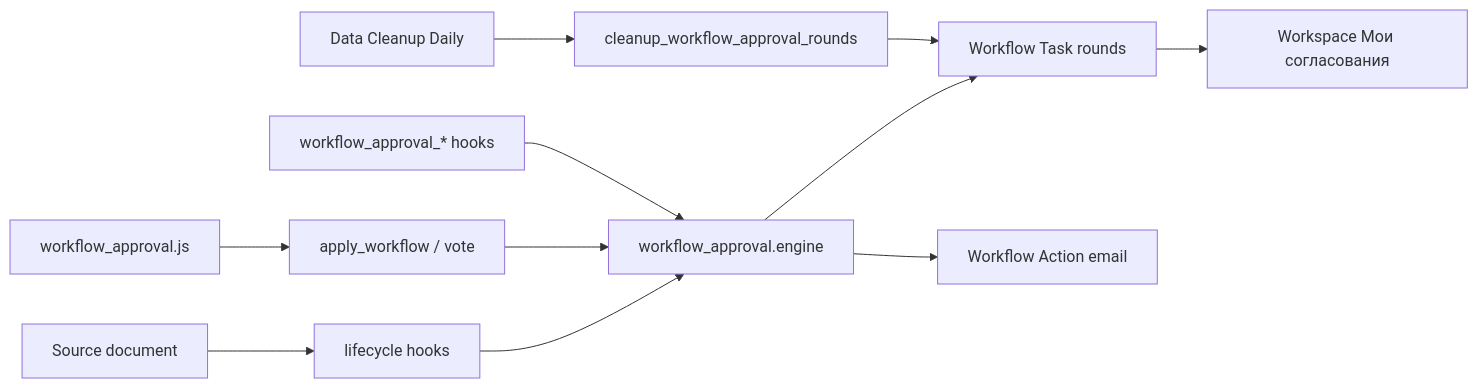
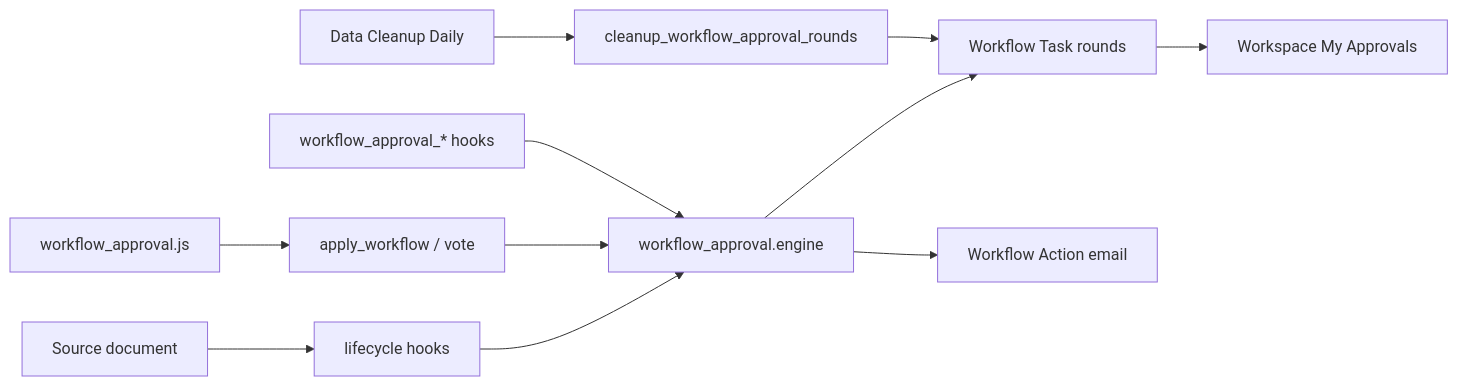
Before and after one commit to Dinext-pro/dinext-common: the fifth of 6 diagrams in README.md, drawn with Mermaid. The commit also changed other lines of this file and 25 other files, not shown here.

````diff
--- a/README.md
+++ b/README.md
@@ -1067,13 +1037,13 @@
 ```mermaid
 flowchart LR
   sourceDoc[Source document] --> lifecycle[lifecycle hooks]
   lifecycle --> engine[workflow_approval.engine]
   deskJs[workflow_approval.js] --> applyRpc[apply_workflow / vote]
   applyRpc --> engine
   engine --> tasks[Workflow Task rounds]
-  tasks --> desk[Workspace Мои согласования]
+  tasks --> desk[Workspace My Approvals]
   engine --> mail[Workflow Action email]
   domainHooks[workflow_approval_* hooks] --> engine
   dailyCleanup[Data Cleanup Daily] --> retention[cleanup_workflow_approval_rounds]
   retention --> tasks
 ```
````
